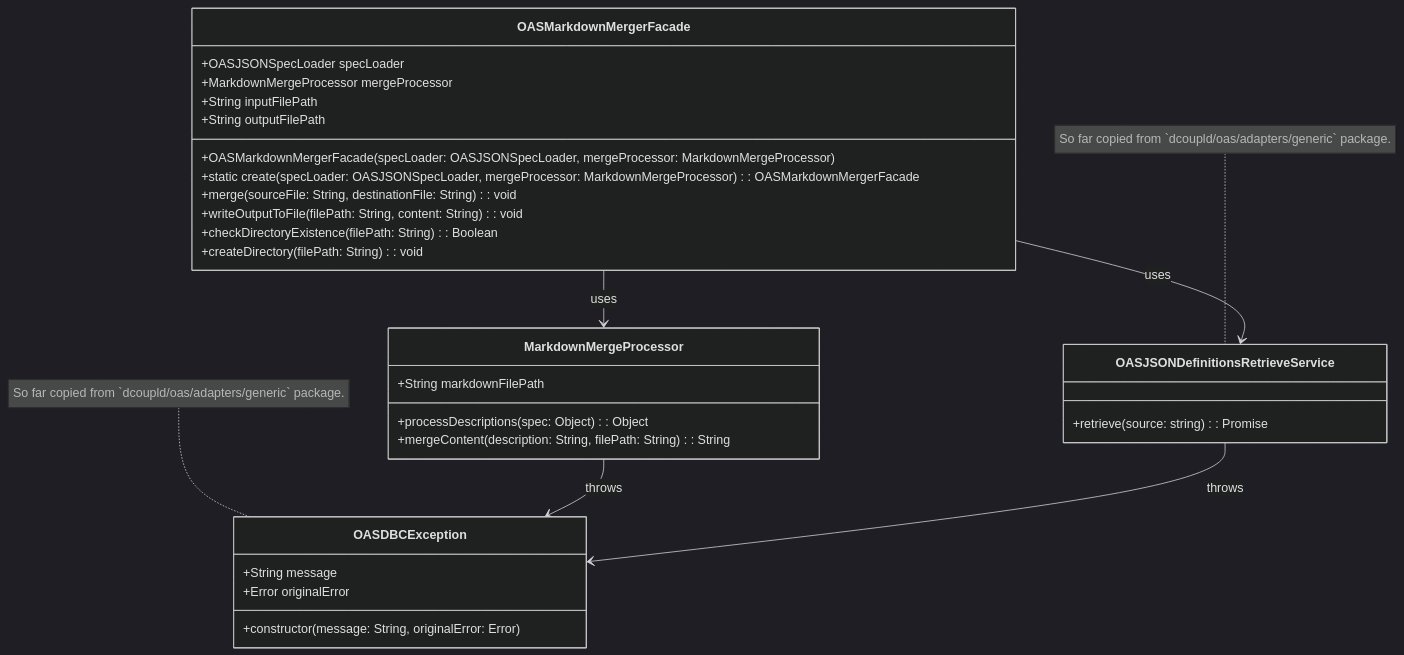
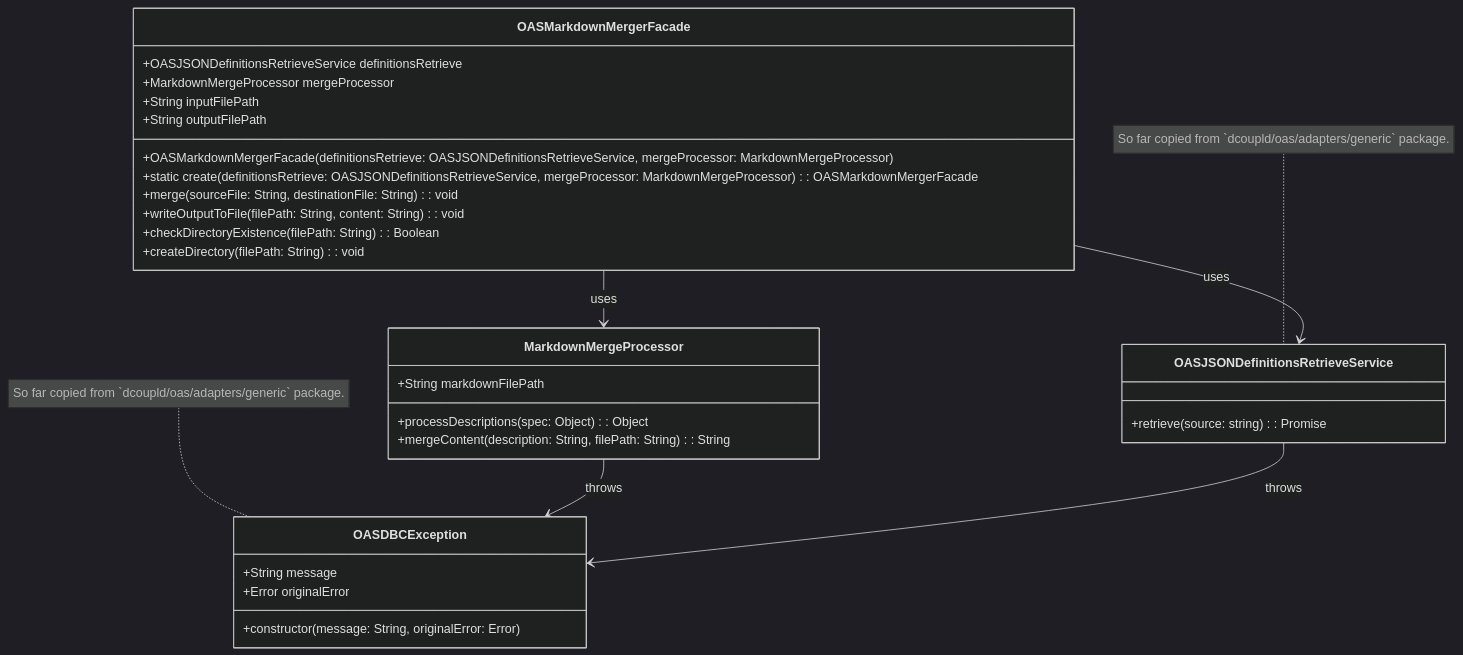
Before and after one commit to WhereJuly/60-1-oas-markdown-merger: the diagram in .docs/design/class-diagram.uml.md, drawn with Mermaid (dark theme).

Commit message:
[utilities/markdown-merger] Update (design): class diagram

````diff
--- a/.docs/design/class-diagram.uml.md
+++ b/.docs/design/class-diagram.uml.md
@@ -1,39 +1,39 @@
 ```mermaid
 classDiagram
     class OASMarkdownMergerFacade {
-        +OASJSONSpecLoader specLoader
+        +OASJSONDefinitionsRetrieveService definitionsRetrieve
         +MarkdownMergeProcessor mergeProcessor
         +String inputFilePath
         +String outputFilePath
-        +OASMarkdownMergerFacade(specLoader: OASJSONSpecLoader, mergeProcessor: MarkdownMergeProcessor)
-        +static create(specLoader: OASJSONSpecLoader, mergeProcessor: MarkdownMergeProcessor): OASMarkdownMergerFacade
+        +OASMarkdownMergerFacade(definitionsRetrieve: OASJSONDefinitionsRetrieveService, mergeProcessor: MarkdownMergeProcessor)
+        +static create(definitionsRetrieve: OASJSONDefinitionsRetrieveService, mergeProcessor: MarkdownMergeProcessor): OASMarkdownMergerFacade
         +merge(sourceFile: String, destinationFile: String): void
         +writeOutputToFile(filePath: String, content: String): void
         +checkDirectoryExistence(filePath: String): Boolean
         +createDirectory(filePath: String): void
     }
     
     class OASJSONDefinitionsRetrieveService {
         +retrieve(source: string): Promise<OpenAPIV3_1.Document>
     }
 
     class MarkdownMergeProcessor {
         +String markdownFilePath
         +processDescriptions(spec: Object): Object
         +mergeContent(description: String, filePath: String): String
     }
 
     class OASDBCException {
         +String message
         +Error originalError
         +constructor(message: String, originalError: Error)
     }
 
     OASMarkdownMergerFacade --> OASJSONDefinitionsRetrieveService : uses
     OASMarkdownMergerFacade --> MarkdownMergeProcessor : uses
     MarkdownMergeProcessor --> OASDBCException : throws
     OASJSONDefinitionsRetrieveService --> OASDBCException : throws
 
     note for OASJSONDefinitionsRetrieveService "So far copied from `dcoupld/oas/adapters/generic` package."
     note for OASDBCException "So far copied from `dcoupld/oas/adapters/generic` package."
 ```
````
